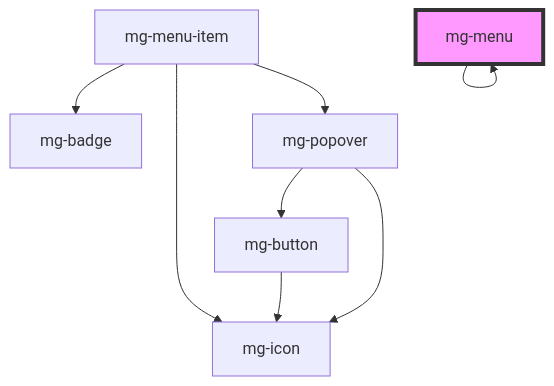
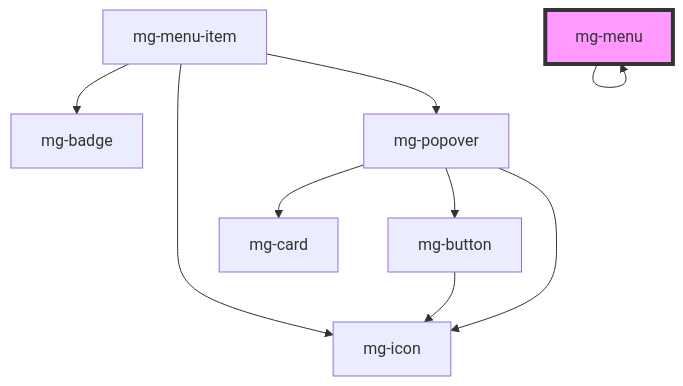
One commit to MGDIS/mg-components changed the diagram in src/components/molecules/menu/mg-menu/readme.md. Above: the diagram before and after it, drawn with Mermaid. The commit also changed 2 other files, not shown here.

Commit message:
feat(mgMenu): update doc CORE-888

````diff
--- a/src/components/molecules/menu/mg-menu/readme.md
+++ b/src/components/molecules/menu/mg-menu/readme.md
@@ -150,11 +150,12 @@
 ```mermaid
 graph TD;
   mg-menu --> mg-menu
   mg-menu-item --> mg-badge
   mg-menu-item --> mg-icon
   mg-menu-item --> mg-popover
+  mg-popover --> mg-card
   mg-popover --> mg-button
   mg-popover --> mg-icon
   mg-button --> mg-icon
   style mg-menu fill:#f9f,stroke:#333,stroke-width:4px
 ```
````
